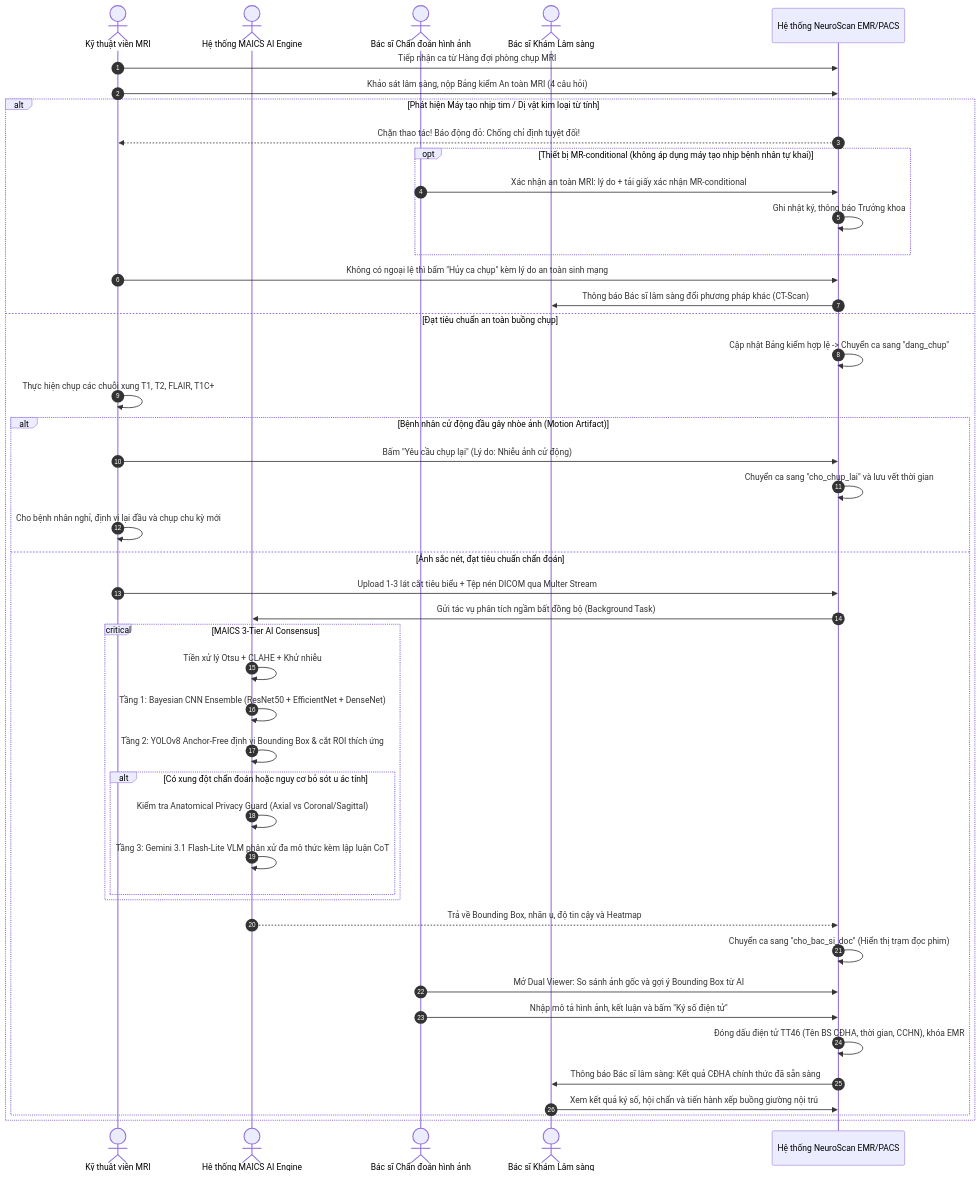
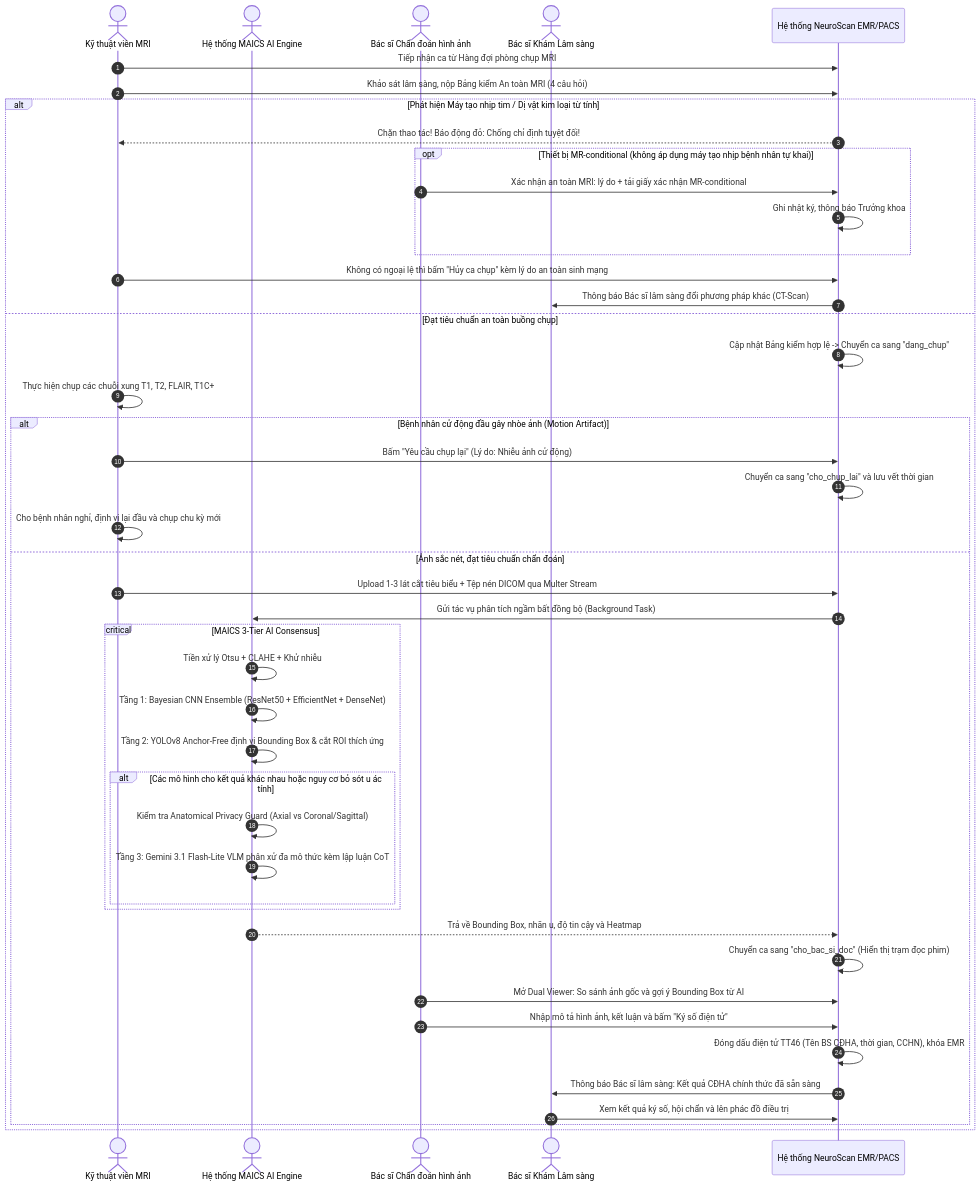
Before and after one commit to ntthanh2357/mri: the second of 3 diagrams in docs/02_nghiep_vu_va_quy_trinh_benh_vien.md, drawn with Mermaid. The commit also changed other lines of this file and 101 other files, not shown here.

````diff
--- a/docs/02_nghiep_vu_va_quy_trinh_benh_vien.md
+++ b/docs/02_nghiep_vu_va_quy_trinh_benh_vien.md
@@ -94,52 +88,52 @@
 ```mermaid
 sequenceDiagram
     autonumber
     actor KTV as Kỹ thuật viên MRI
     actor AI as Hệ thống MAICS AI Engine
     actor BSCĐ as Bác sĩ Chẩn đoán hình ảnh
     actor BS as Bác sĩ Khám Lâm sàng
     participant SYS as Hệ thống NeuroScan EMR/PACS
 
     KTV->>SYS: Tiếp nhận ca từ Hàng đợi phòng chụp MRI
     KTV->>SYS: Khảo sát lâm sàng, nộp Bảng kiểm An toàn MRI (4 câu hỏi)
     
     alt Phát hiện Máy tạo nhịp tim / Dị vật kim loại từ tính
         SYS-->>KTV: Chặn thao tác! Báo động đỏ: Chống chỉ định tuyệt đối!
         opt Thiết bị MR-conditional (không áp dụng máy tạo nhịp bệnh nhân tự khai)
             BSCĐ->>SYS: Xác nhận an toàn MRI: lý do + tải giấy xác nhận MR-conditional
             SYS->>SYS: Ghi nhật ký, thông báo Trưởng khoa
         end
         KTV->>SYS: Không có ngoại lệ thì bấm "Hủy ca chụp" kèm lý do an toàn sinh mạng
         SYS->>BS: Thông báo Bác sĩ lâm sàng đổi phương pháp khác (CT-Scan)
     else Đạt tiêu chuẩn an toàn buồng chụp
         SYS->>SYS: Cập nhật Bảng kiểm hợp lệ -> Chuyển ca sang "dang_chup"
         KTV->>KTV: Thực hiện chụp các chuỗi xung T1, T2, FLAIR, T1C+
         
         alt Bệnh nhân cử động đầu gây nhòe ảnh (Motion Artifact)
             KTV->>SYS: Bấm "Yêu cầu chụp lại" (Lý do: Nhiễu ảnh cử động)
             SYS->>SYS: Chuyển ca sang "cho_chup_lai" và lưu vết thời gian
             KTV->>KTV: Cho bệnh nhân nghỉ, định vị lại đầu và chụp chu kỳ mới
         else Ảnh sắc nét, đạt tiêu chuẩn chẩn đoán
             KTV->>SYS: Upload 1-3 lát cắt tiêu biểu + Tệp nén DICOM qua Multer Stream
             SYS->>AI: Gửi tác vụ phân tích ngầm bất đồng bộ (Background Task)
             
             critical MAICS 3-Tier AI Consensus
                 AI->>AI: Tiền xử lý Otsu + CLAHE + Khử nhiễu
                 AI->>AI: Tầng 1: Bayesian CNN Ensemble (ResNet50 + EfficientNet + DenseNet)
                 AI->>AI: Tầng 2: YOLOv8 Anchor-Free định vị Bounding Box & cắt ROI thích ứng
-                alt Có xung đột chẩn đoán hoặc nguy cơ bỏ sót u ác tính
+                alt Các mô hình cho kết quả khác nhau hoặc nguy cơ bỏ sót u ác tính
                     AI->>AI: Kiểm tra Anatomical Privacy Guard (Axial vs Coronal/Sagittal)
                     AI->>AI: Tầng 3: Gemini 3.1 Flash-Lite VLM phân xử đa mô thức kèm lập luận CoT
                 end
             end
             
             AI-->>SYS: Trả về Bounding Box, nhãn u, độ tin cậy và Heatmap
             SYS->>SYS: Chuyển ca sang "cho_bac_si_doc" (Hiển thị trạm đọc phim)
             BSCĐ->>SYS: Mở Dual Viewer: So sánh ảnh gốc và gợi ý Bounding Box từ AI
             BSCĐ->>SYS: Nhập mô tả hình ảnh, kết luận và bấm "Ký số điện tử"
             SYS->>SYS: Đóng dấu điện tử TT46 (Tên BS CĐHA, thời gian, CCHN), khóa EMR
             SYS->>BS: Thông báo Bác sĩ lâm sàng: Kết quả CĐHA chính thức đã sẵn sàng
-            BS->>SYS: Xem kết quả ký số, hội chẩn và tiến hành xếp buồng giường nội trú
+            BS->>SYS: Xem kết quả ký số, hội chẩn và lên phác đồ điều trị
         end
     end
 ```
````
